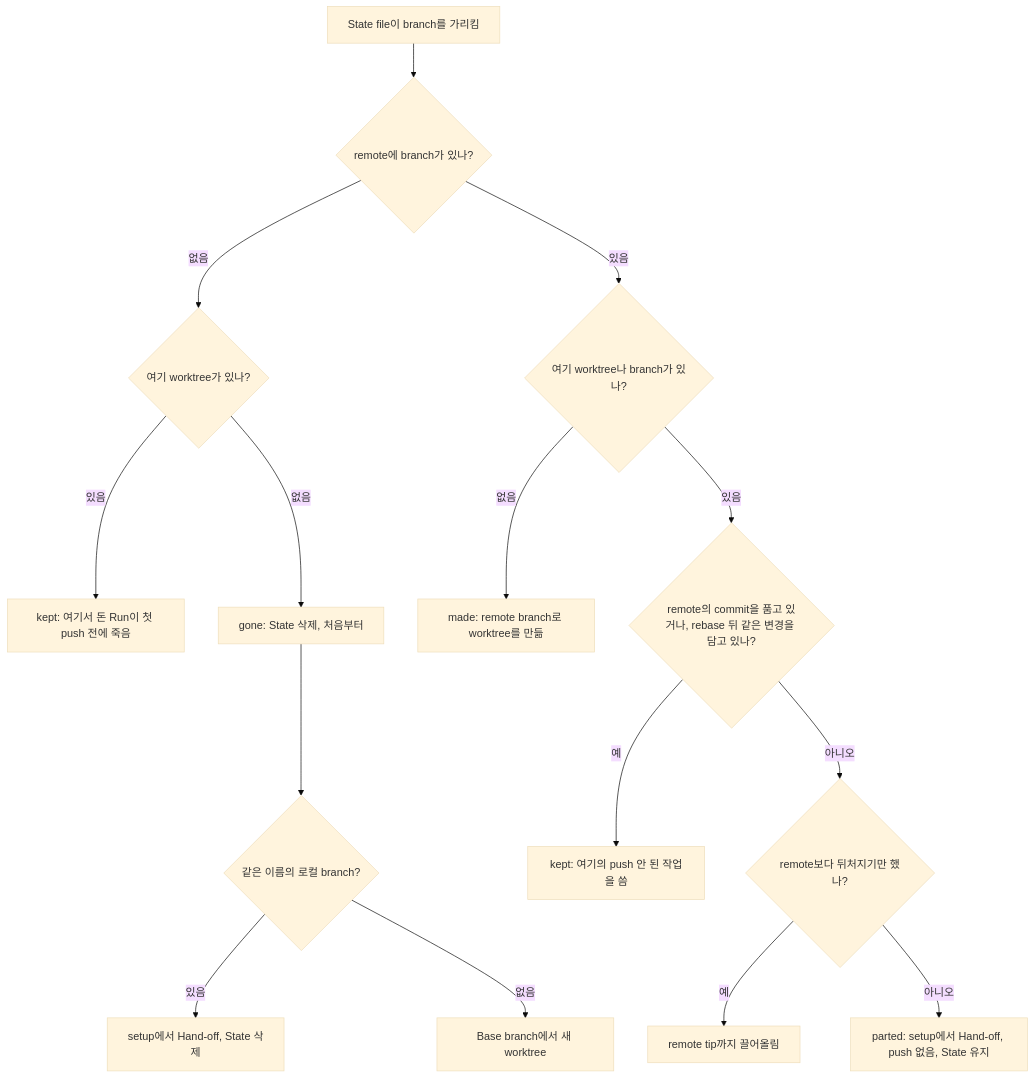
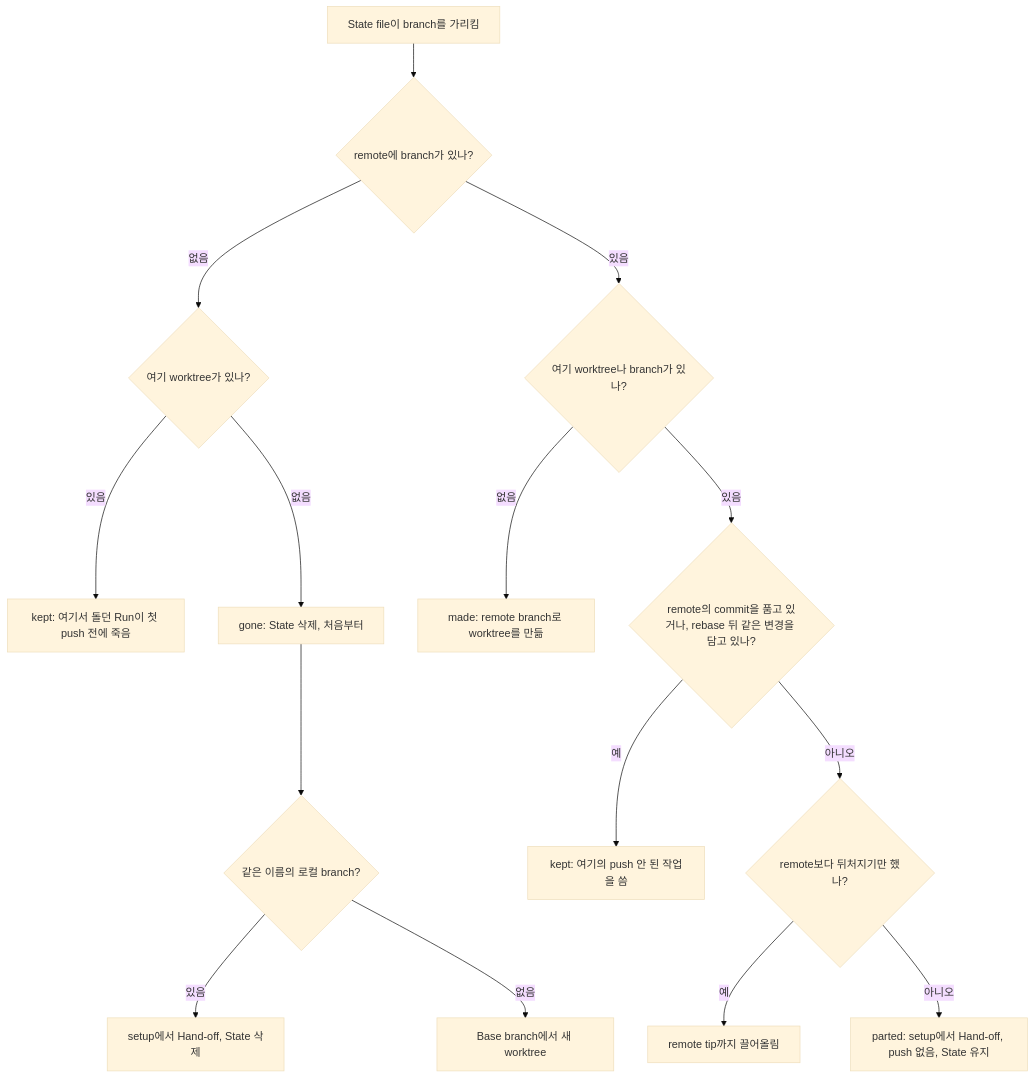
Before and after one commit to jjongs2/ticket-runner: the second of 2 diagrams in wiki/ko/guide/stopping-and-resuming.md, drawn with Mermaid (base theme). The commit also changed other lines of this file and 20 other files, not shown here.

````diff
--- a/wiki/ko/guide/stopping-and-resuming.md
+++ b/wiki/ko/guide/stopping-and-resuming.md
@@ -332,17 +288,17 @@
 ```mermaid
 flowchart TD
     S["State file이 branch를 가리킴"] --> R{"remote에 branch가 있나?"}
     R -- 없음 --> W{"여기 worktree가 있나?"}
-    W -- 있음 --> K1["kept: 여기서 돈 Run이 첫 push 전에 죽음"]
+    W -- 있음 --> K1["kept: 여기서 돌던 Run이 첫 push 전에 죽음"]
     W -- 없음 --> G["gone: State 삭제, 처음부터"]
     G --> L{"같은 이름의 로컬 branch?"}
     L -- 있음 --> HB["setup에서 Hand-off, State 삭제"]
     L -- 없음 --> F["Base branch에서 새 worktree"]
     R -- 있음 --> H{"여기 worktree나 branch가 있나?"}
     H -- 없음 --> M["made: remote branch로 worktree를 만듦"]
     H -- 있음 --> C{"remote의 commit을 품고 있거나, rebase 뒤 같은 변경을 담고 있나?"}
     C -- 예 --> K2["kept: 여기의 push 안 된 작업을 씀"]
     C -- 아니오 --> B{"remote보다 뒤처지기만 했나?"}
     B -- 예 --> FF["remote tip까지 끌어올림"]
     B -- 아니오 --> P["parted: setup에서 Hand-off, push 없음, State 유지"]
 ```
````
